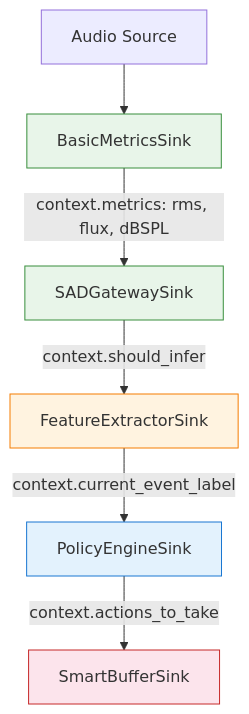
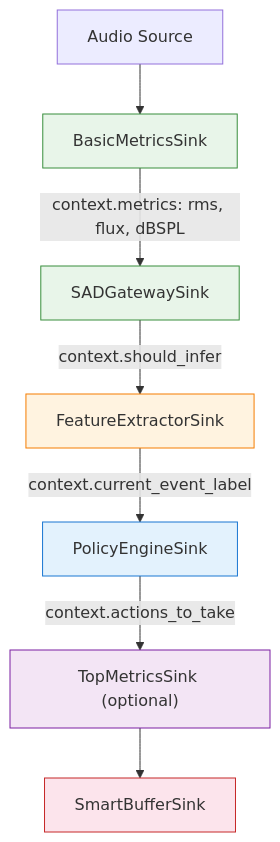
The first of 4 diagrams in ARCHITECTURE.md (danielfcollier/py-edge-ai-acoustic-monitoring-app), drawn with Mermaid before and after one commit. The commit also changed other lines of this file and 19 other files, not shown here.

First line of the commit message:
feat: top metrics (#4)

````diff
--- a/ARCHITECTURE.md
+++ b/ARCHITECTURE.md
@@ -14,14 +14,16 @@
 ```mermaid
 flowchart TD
     Source[Audio Source] --> M[BasicMetricsSink]
     M --> |"context.metrics: rms, flux, dBSPL"| S[SADGatewaySink]
     S --> |"context.should_infer"| F[FeatureExtractorSink]
     F --> |"context.current_event_label"| P[PolicyEngineSink]
-    P --> |"context.actions_to_take"| B[SmartBufferSink]
+    P --> |"context.actions_to_take"| T["TopMetricsSink (optional)"]
+    T --> B[SmartBufferSink]
 
     style M fill:#e8f5e9,stroke:#388e3c
     style S fill:#e8f5e9,stroke:#388e3c
     style F fill:#fff3e0,stroke:#f57c00
     style P fill:#e3f2fd,stroke:#1976d2
+    style T fill:#f3e5f5,stroke:#7b1fa2
     style B fill:#fce4ec,stroke:#c62828
 ```
````
